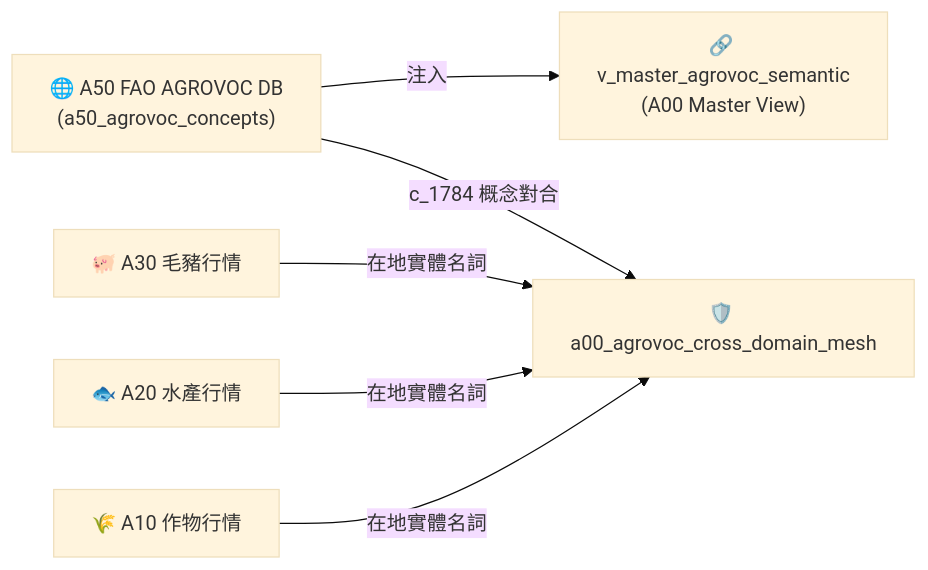
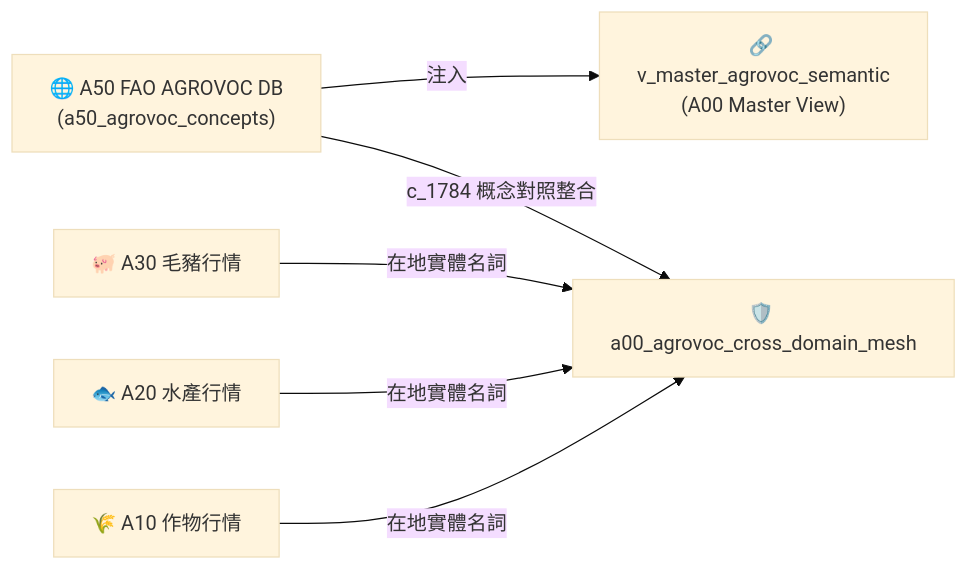
One commit to wuulong/tw-agro-db changed the diagram in book/03_50_a50_fao_agrovoc_db.md. Above: the diagram before and after it, drawn with Mermaid (base theme). The commit also changed other lines of this file and 34 other files, not shown here.

````diff
--- a/book/03_50_a50_fao_agrovoc_db.md
+++ b/book/03_50_a50_fao_agrovoc_db.md
@@ -96,13 +96,13 @@
 ```mermaid
 flowchart LR
     A50["🌐 A50 FAO AGROVOC DB<br/>(a50_agrovoc_concepts)"]
     A00_VIEW["🔗 v_master_agrovoc_semantic<br/>(A00 Master View)"]
     A10["🌾 A10 作物行情"]
     A20["🐟 A20 水產行情"]
     A30["🐖 A30 毛豬行情"]
     MESH["🛡️ a00_agrovoc_cross_domain_mesh"]
 
     A50 -->|注入| A00_VIEW
     A10 & A20 & A30 -->|在地實體名詞| MESH
-    A50 -->|c_1784 概念對合| MESH
+    A50 -->|c_1784 概念對照整合| MESH
 ```
````
